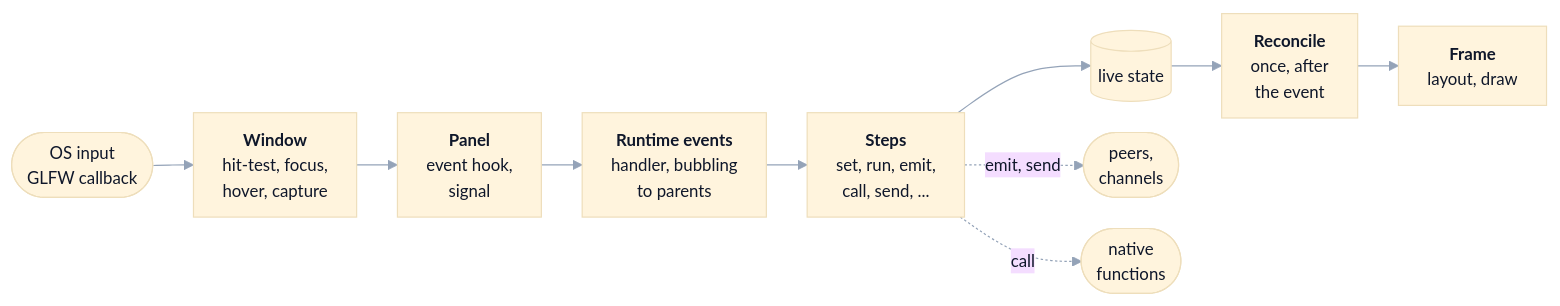
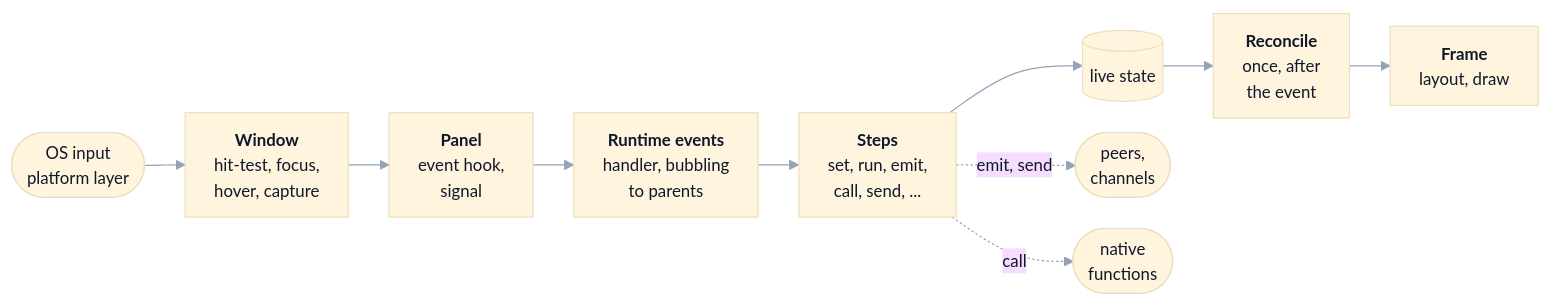
Before and after one commit to RiccardoSottini/AffrescoUI: the third of 3 diagrams in ARCHITECTURE.md, drawn with Mermaid. The commit also changed other lines of this file and 83 other files, not shown here.

````diff
--- a/ARCHITECTURE.md
+++ b/ARCHITECTURE.md
@@ -122,13 +124,13 @@
 ```mermaid
 %%{init: {"theme": "base", "flowchart": {"nodeSpacing": 26, "rankSpacing": 34, "padding": 12}, "themeVariables": {"fontFamily": "Helvetica, Arial, sans-serif", "fontSize": "14px", "lineColor": "#94A3B8", "primaryTextColor": "#0F172A"}}}%%
 flowchart LR
-    os(["OS input<br/>GLFW callback"]) --> window["<b>Window</b><br/>hit-test, focus,<br/>hover, capture"]
+    os(["OS input<br/>platform layer"]) --> window["<b>Window</b><br/>hit-test, focus,<br/>hover, capture"]
     window --> panel["<b>Panel</b><br/>event hook,<br/>signal"]
     panel --> events["<b>Runtime events</b><br/>handler, bubbling<br/>to parents"]
     events --> steps["<b>Steps</b><br/>set, run, emit,<br/>call, send, ..."]
     steps --> state[("live state")]
     state --> reconcile["<b>Reconcile</b><br/>once, after<br/>the event"]
     reconcile --> frame["<b>Frame</b><br/>layout, draw"]
     steps -. "emit, send" .-> peers(["peers,<br/>channels"])
     steps -. "call" .-> native(["native<br/>functions"])
 ```
````
